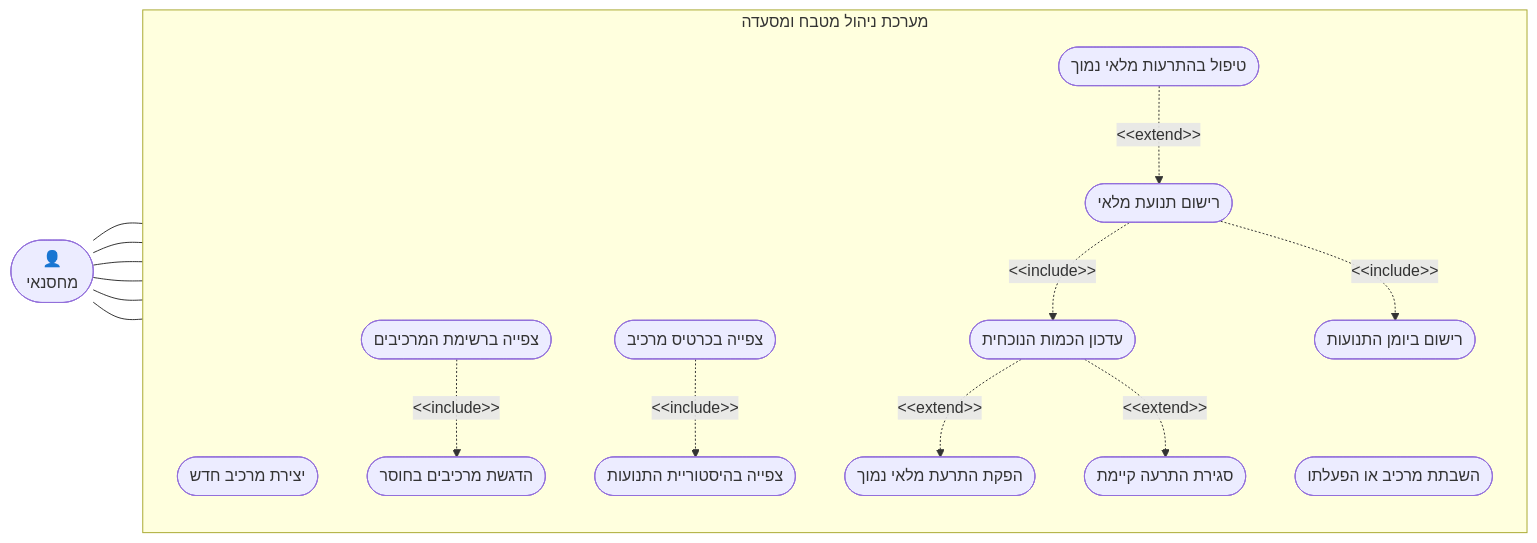
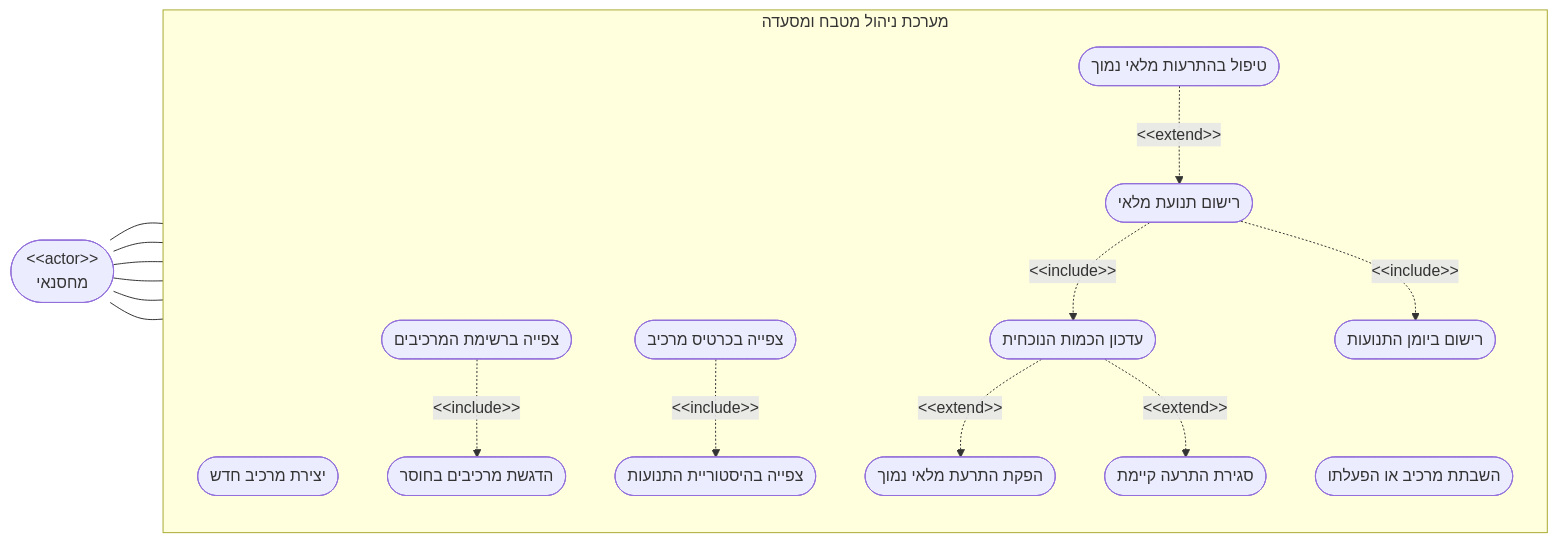
One commit to RonZaretsky/Restaurant-Kitchen-Management-System changed the diagram in מסמכים/הגשה/diagrams/usecase-warehouse.md. Above: the diagram before and after it, drawn with Mermaid. The commit also changed 10 other files, not shown here.

````diff
--- a/מסמכים/הגשה/diagrams/usecase-warehouse.md
+++ b/מסמכים/הגשה/diagrams/usecase-warehouse.md
@@ -3,29 +3,29 @@
 ```mermaid
 flowchart LR
-    wm(["👤<br/>מחסנאי"])
+    wm(["&lt;&lt;actor&gt;&gt;<br/>מחסנאי"])
 
     subgraph SYS["מערכת ניהול מטבח ומסעדה"]
         direction TB
         UC1(["יצירת מרכיב חדש"])
         UC2(["צפייה ברשימת המרכיבים"])
         UC3(["צפייה בכרטיס מרכיב"])
         UC4(["רישום תנועת מלאי"])
         UC5(["השבתת מרכיב או הפעלתו"])
         UC6(["טיפול בהתרעות מלאי נמוך"])
 
         UC2 -.->|"&lt;&lt;include&gt;&gt;"| UC7(["הדגשת מרכיבים בחוסר"])
         UC3 -.->|"&lt;&lt;include&gt;&gt;"| UC8(["צפייה בהיסטוריית התנועות"])
         UC4 -.->|"&lt;&lt;include&gt;&gt;"| UC9(["עדכון הכמות הנוכחית"])
         UC4 -.->|"&lt;&lt;include&gt;&gt;"| UC10(["רישום ביומן התנועות"])
         UC9 -.->|"&lt;&lt;extend&gt;&gt;"| UC11(["הפקת התרעת מלאי נמוך"])
         UC9 -.->|"&lt;&lt;extend&gt;&gt;"| UC12(["סגירת התרעה קיימת"])
         UC6 -.->|"&lt;&lt;extend&gt;&gt;"| UC4
     end
 
     wm --- UC1
     wm --- UC2
     wm --- UC3
     wm --- UC4
     wm --- UC5
     wm --- UC6
 ```
````
